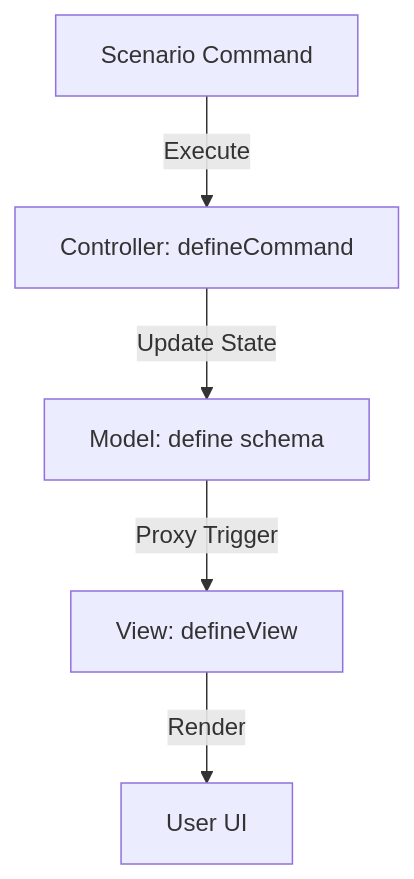
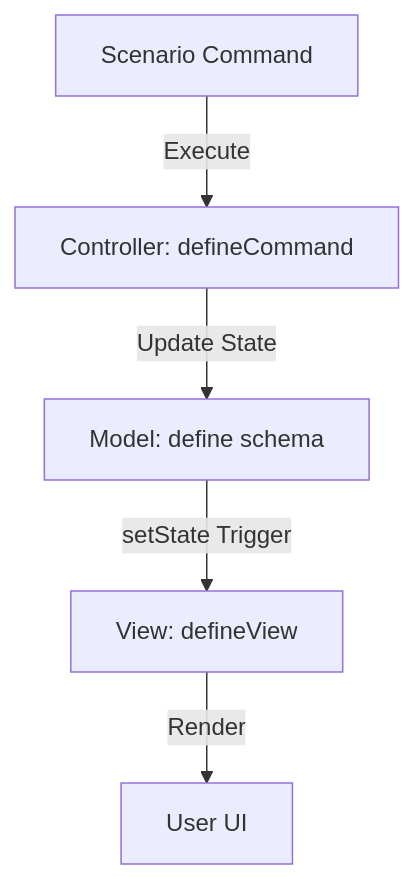
One commit to izure1/leviar-novel changed the diagram in docs/modules.md. Above: the diagram before and after it, drawn with Mermaid. The commit also changed other lines of this file and 4 other files, not shown here.

````diff
--- a/docs/modules.md
+++ b/docs/modules.md
@@ -11,7 +11,7 @@
 ```mermaid
 graph TD
     A[Scenario Command] -- "Execute" --> B[Controller: defineCommand]
     B -- "Update State" --> C[Model: define schema]
-    C -- "Proxy Trigger" --> D[View: defineView]
+    C -- "setState Trigger" --> D[View: defineView]
     D -- "Render" --> E[User UI]
 ```
````
